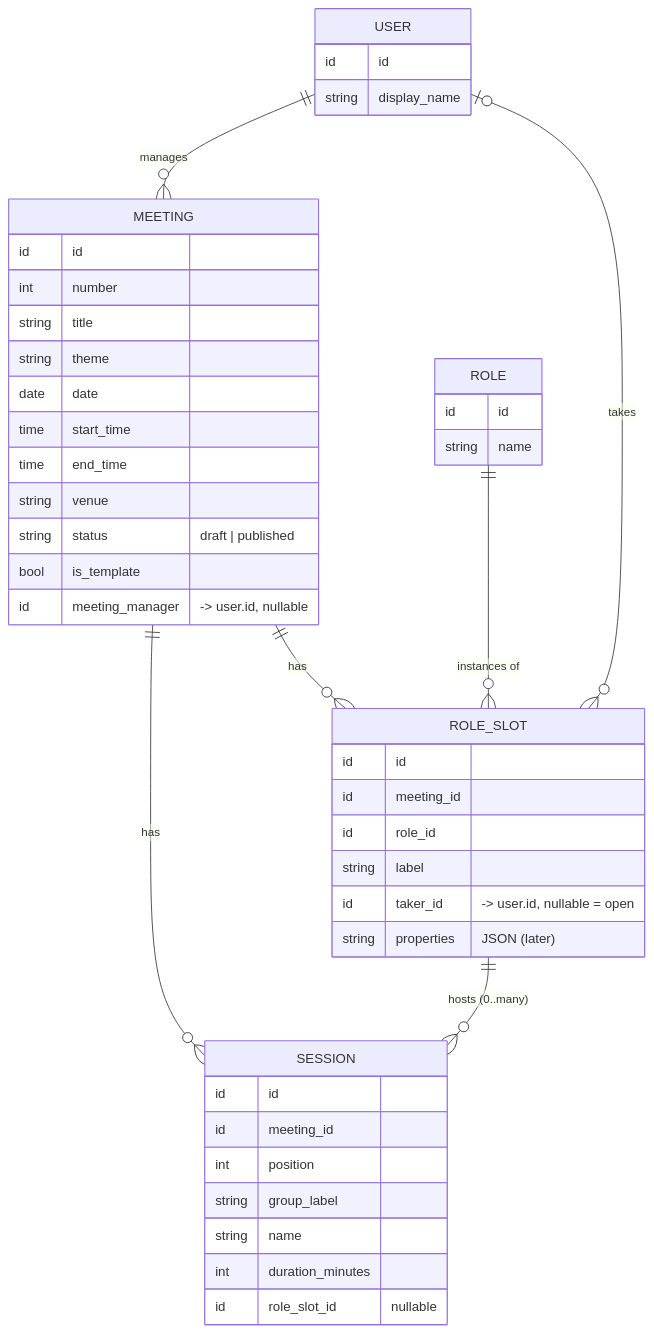
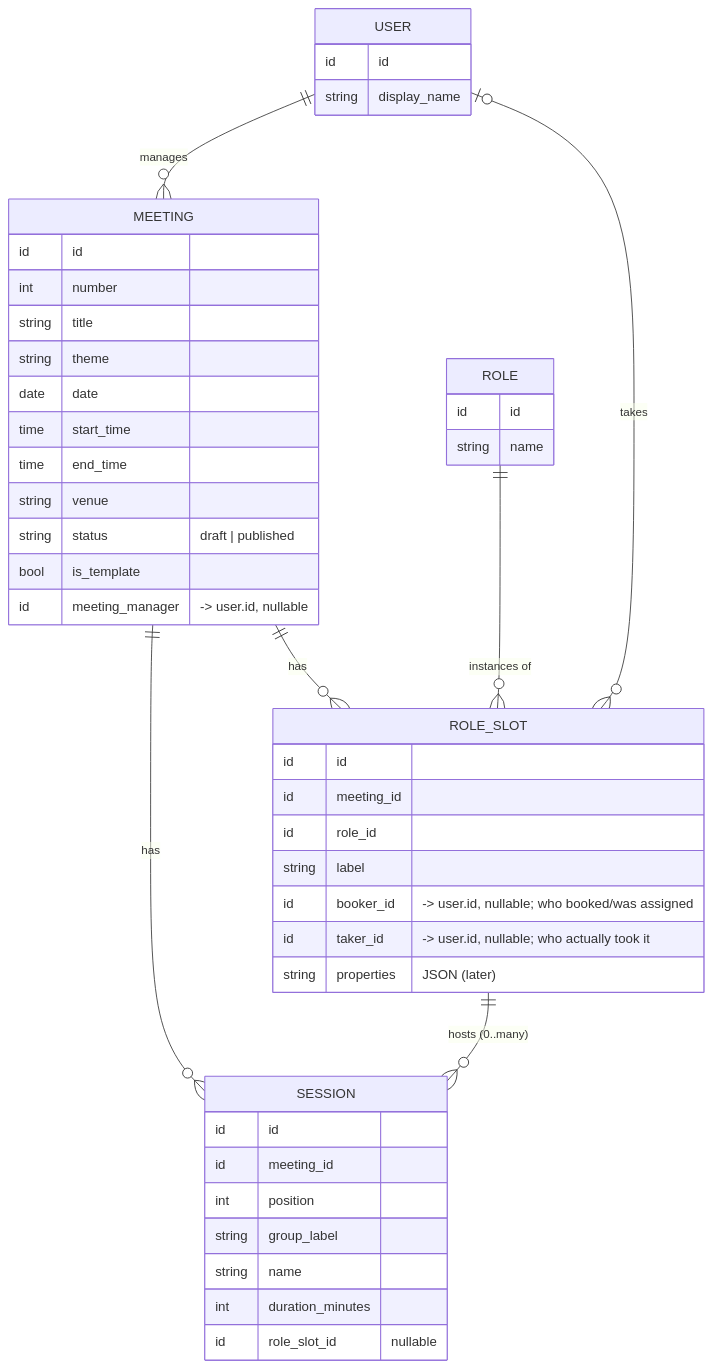
The diagram in design/storage/schema.md (misu-tmc/misu), drawn with Mermaid before and after one commit. The commit also changed other lines of this file and 1 other file, not shown here.

First line of the commit message:
Track booked vs actual role taker

````diff
--- a/design/storage/schema.md
+++ b/design/storage/schema.md
@@ -14,48 +14,49 @@
 ```mermaid
 erDiagram
     USER      ||--o{ MEETING   : manages
     MEETING   ||--o{ SESSION   : has
     MEETING   ||--o{ ROLE_SLOT : has
     ROLE      ||--o{ ROLE_SLOT : "instances of"
     ROLE_SLOT ||--o{ SESSION   : "hosts (0..many)"
     USER      |o--o{ ROLE_SLOT : "takes"
 
     USER {
         id     id
         string display_name
     }
     MEETING {
         id     id
         int    number
         string title
         string theme
         date   date
         time   start_time
         time   end_time
         string venue
         string status "draft | published"
         bool   is_template
         id     meeting_manager "-> user.id, nullable"
     }
     SESSION {
         id     id
         id     meeting_id
         int    position
         string group_label
         string name
         int    duration_minutes
         id     role_slot_id "nullable"
     }
     ROLE {
         id     id
         string name
     }
     ROLE_SLOT {
         id     id
         id     meeting_id
         id     role_id
         string label
-        id     taker_id "-> user.id, nullable = open"
+        id     booker_id "-> user.id, nullable; who booked/was assigned"
+        id     taker_id "-> user.id, nullable; who actually took it"
         string properties "JSON (later)"
     }
 ```
````
